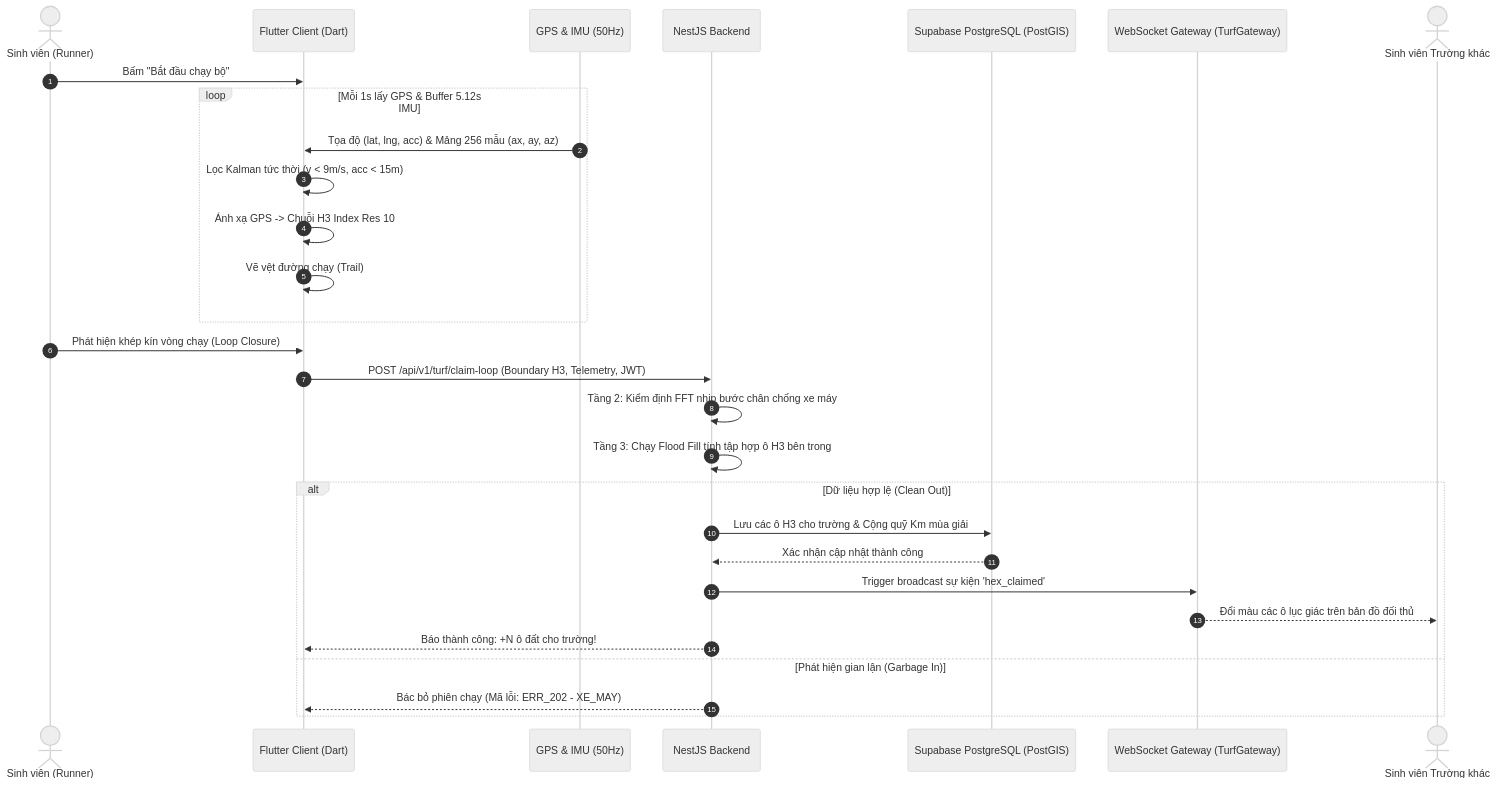
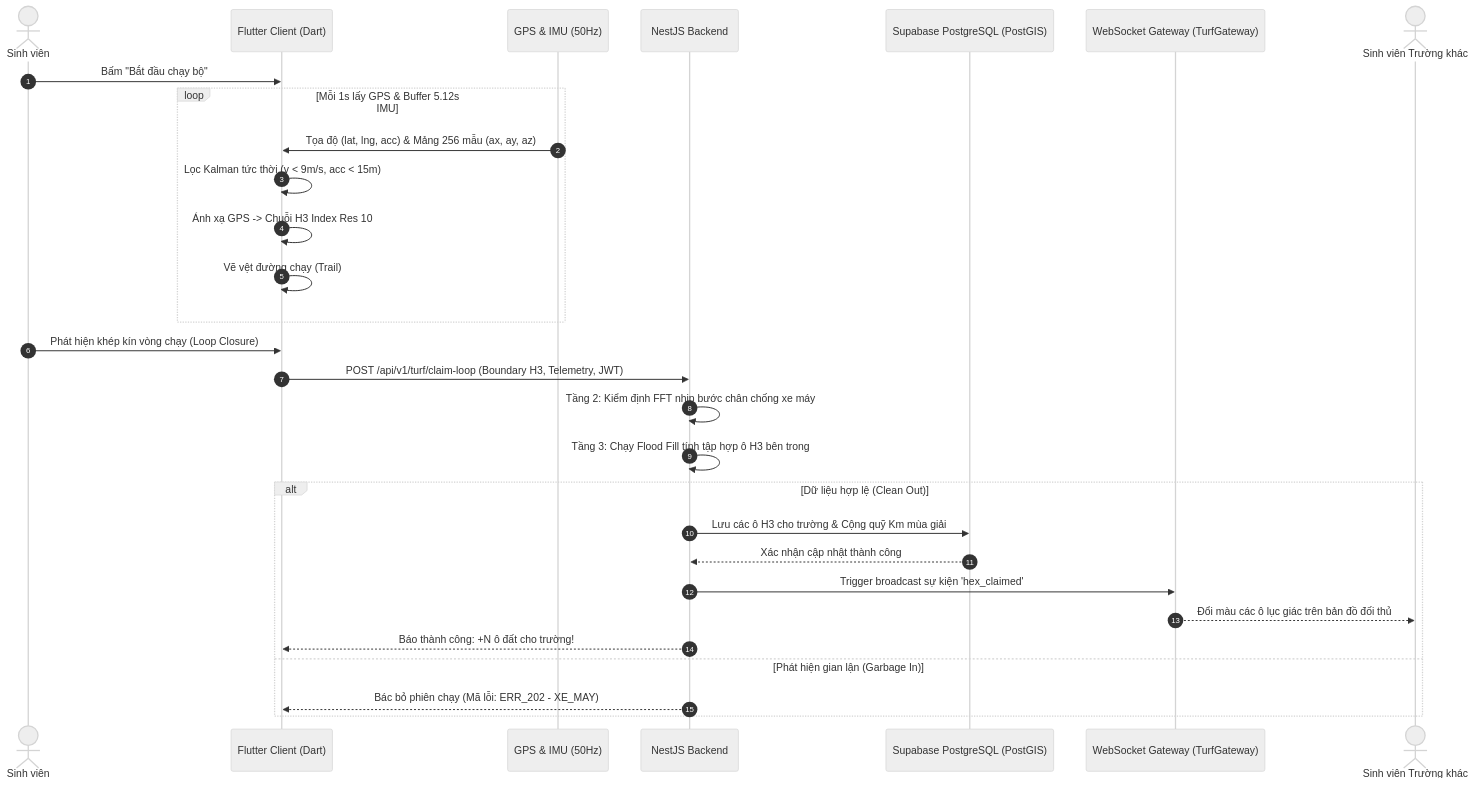
Before and after one commit to TienPhuc03/SISO: the first of 4 diagrams in docs/SRS_SISO_DA_CHIEN_BINH_THANH.md, drawn with Mermaid (neutral theme). The commit also changed other lines of this file and 48 other files, not shown here.

````diff
--- a/docs/SRS_SISO_DA_CHIEN_BINH_THANH.md
+++ b/docs/SRS_SISO_DA_CHIEN_BINH_THANH.md
@@ -156,32 +184,32 @@
 ```mermaid
 sequenceDiagram
     autonumber
-    actor Runner as Sinh viên (Runner)
+    actor Runner as Sinh viên
     participant Client as Flutter Client (Dart)
     participant Sensor as GPS & IMU (50Hz)
     participant Server as NestJS Backend
     participant DB as Supabase PostgreSQL (PostGIS)
     participant Gateway as WebSocket Gateway (TurfGateway)
     actor Rivals as Sinh viên Trường khác
 
     Runner->>Client: Bấm "Bắt đầu chạy bộ"
     loop Mỗi 1s lấy GPS & Buffer 5.12s IMU
         Sensor->>Client: Tọa độ (lat, lng, acc) & Mảng 256 mẫu (ax, ay, az)
         Client->>Client: Lọc Kalman tức thời (v < 9m/s, acc < 15m)
         Client->>Client: Ánh xạ GPS -> Chuỗi H3 Index Res 10
         Client->>Client: Vẽ vệt đường chạy (Trail)
     end
     Runner->>Client: Phát hiện khép kín vòng chạy (Loop Closure)
     Client->>Server: POST /api/v1/turf/claim-loop (Boundary H3, Telemetry, JWT)
     Server->>Server: Tầng 2: Kiểm định FFT nhịp bước chân chống xe máy
     Server->>Server: Tầng 3: Chạy Flood Fill tính tập hợp ô H3 bên trong
     alt Dữ liệu hợp lệ (Clean Out)
         Server->>DB: Lưu các ô H3 cho trường & Cộng quỹ Km mùa giải
         DB-->>Server: Xác nhận cập nhật thành công
         Server->>Gateway: Trigger broadcast sự kiện 'hex_claimed'
         Gateway-->>Rivals: Đổi màu các ô lục giác trên bản đồ đối thủ
         Server-->>Client: Báo thành công: +N ô đất cho trường!
     else Phát hiện gian lận (Garbage In)
         Server-->>Client: Bác bỏ phiên chạy (Mã lỗi: ERR_202 - XE_MAY)
     end
 ```
````
